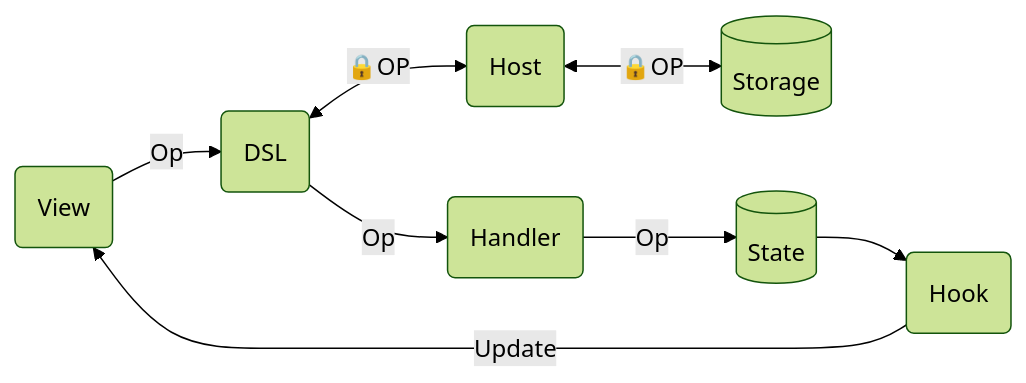
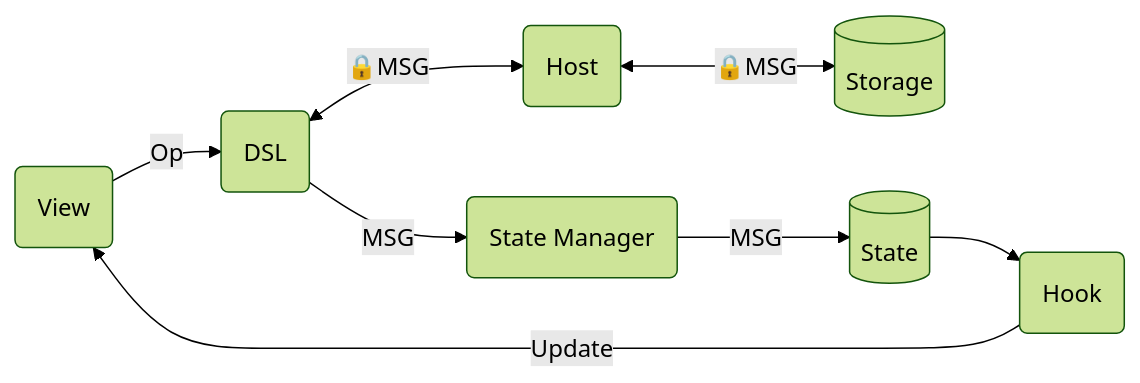
The diagram in docs/docs/arch/system.md (interncom/DIPLOMATIC), drawn with Mermaid (forest theme) before and after one commit. The commit also changed other lines of this file, not shown here.

Commit message:
update sys arch doc

````diff
--- a/docs/docs/arch/system.md
+++ b/docs/docs/arch/system.md
@@ -3,10 +3,10 @@
 ```mermaid
 flowchart LR
   A1(View) -->|Op| B1(DSL)
-  B1 <-->|🔒OP| H(Host)
-  H <-->|🔒OP| S[(Storage)]
-  B1 --> |Op| C1(Handler)
-  C1 --> |Op| D1[(State)]
+  B1 <-->|🔒MSG| H(Host)
+  H <-->|🔒MSG| S[(Storage)]
+  B1 --> |MSG| C1(State Manager)
+  C1 --> |MSG| D1[(State)]
   D1 --> E1(Hook)
   E1 -->|Update| A1
 ```
````
